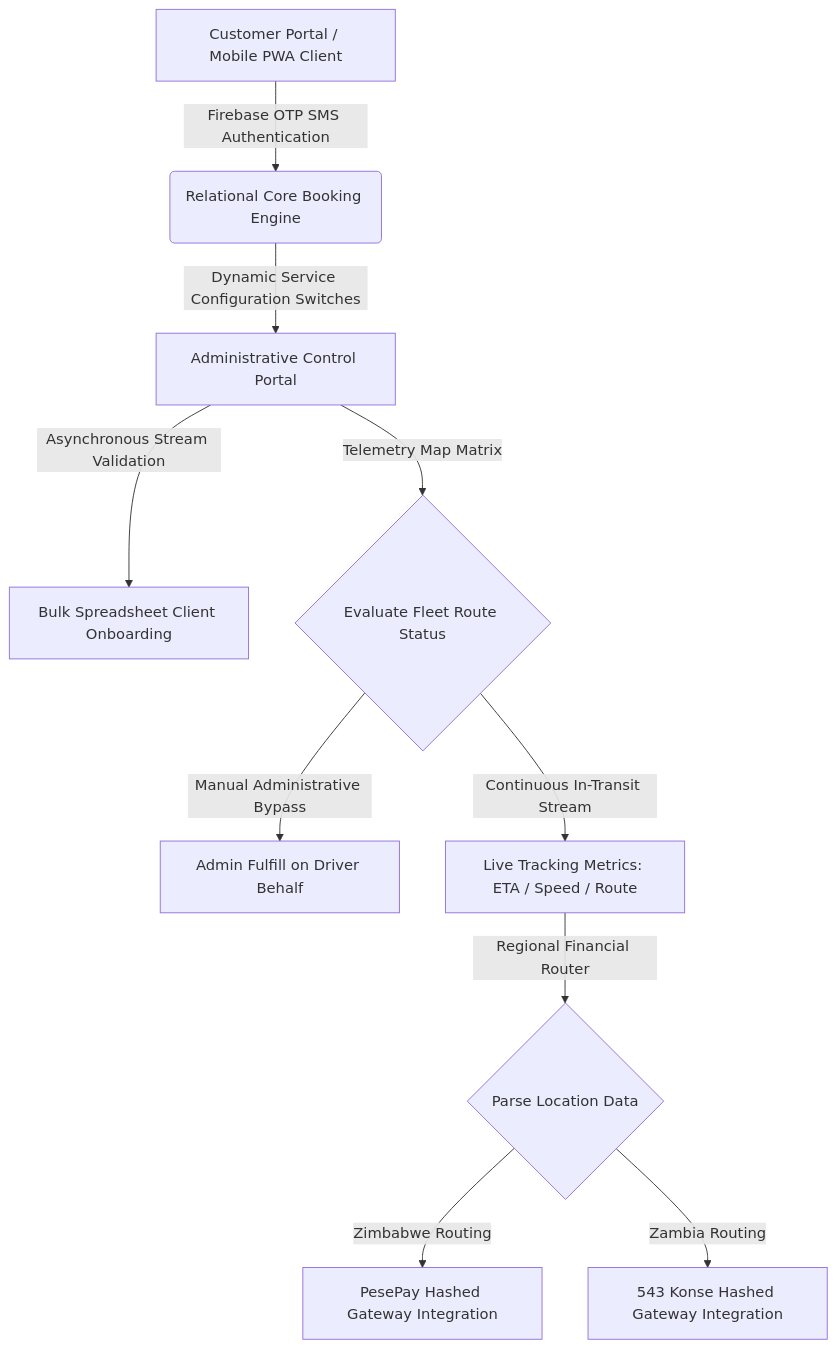
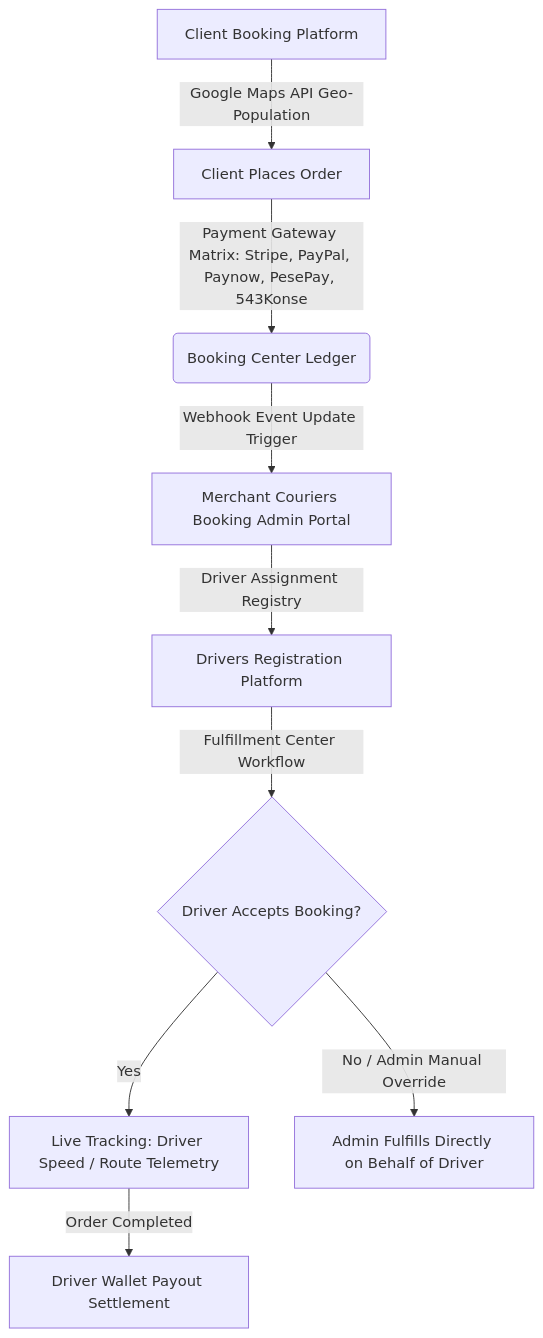
One commit to HappySoftwareDev/enterprise-logistics-core-architecture changed the diagram in README.md. Above: the diagram before and after it, drawn with Mermaid. The commit also changed other lines of this file, not shown here.

First line of the commit message:
Revise README for platform functionality and architecture

````diff
--- a/README.md
+++ b/README.md
@@ -15,12 +22,11 @@
 ```mermaid
 graph TD
-    A[Customer Portal / Mobile PWA Client] -->|Firebase OTP SMS Authentication| B(Relational Core Booking Engine)
-    B -->|Dynamic Service Configuration Switches| C[Administrative Control Portal]
-    C -->|Asynchronous Stream Validation| D[Bulk Spreadsheet Client Onboarding]
-    C -->|Telemetry Map Matrix| E{Evaluate Fleet Route Status}
-    E -->|Manual Administrative Bypass| F[Admin Fulfill on Driver Behalf]
-    E -->|Continuous In-Transit Stream| G[Live Tracking Metrics: ETA / Speed / Route]
-    G -->|Regional Financial Router| H{Parse Location Data}
-    H -->|Zimbabwe Routing| I[PesePay Hashed Gateway Integration]
-    H -->|Zambia Routing| J[543 Konse Hashed Gateway Integration]
+    subground[Client Booking Platform] -->|Google Maps API Geo-Population| A[Client Places Order]
+    A -->|Payment Gateway Matrix: Stripe, PayPal, Paynow, PesePay, 543Konse| B(Booking Center Ledger)
+    B -->|Webhook Event Update Trigger| C[Merchant Couriers Booking Admin Portal]
+    C -->|Driver Assignment Registry| D[Drivers Registration Platform]
+    D -->|Fulfillment Center Workflow| E{Driver Accepts Booking?}
+    E -->|Yes| F[Live Tracking: Driver Speed / Route Telemetry]
+    F -->|Order Completed| G[Driver Wallet Payout Settlement]
+    E -->|No / Admin Manual Override| H[Admin Fulfills Directly on Behalf of Driver]
 ```
````
